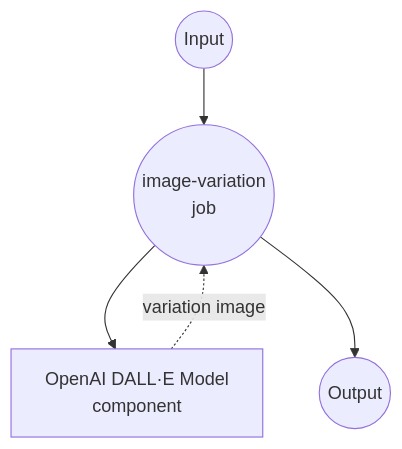
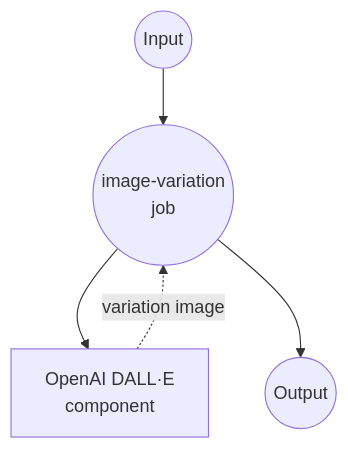
Before and after one commit to hanyeol/model-compose: the diagram in examples/openai-image-variations/README.md, drawn with Mermaid. The commit also changed 21 other files, not shown here.

````diff
--- a/examples/openai-image-variations/README.md
+++ b/examples/openai-image-variations/README.md
@@ -93,16 +93,16 @@
 ```mermaid
 graph TD
     %% Jobs (circles)
     J1((image-variation<br/>job))
 
     %% Components (rectangles)
-    C1[OpenAI DALL·E Model<br/>component]
+    C1[OpenAI DALL·E<br/>component]
 
     %% Job to component connections (solid: invokes, dotted: returns)
     J1 --> C1
     C1 -.-> |variation image| J1
 
     %% Input/Output
     Input((Input)) --> J1
     J1 --> Output((Output))
 ```
````
